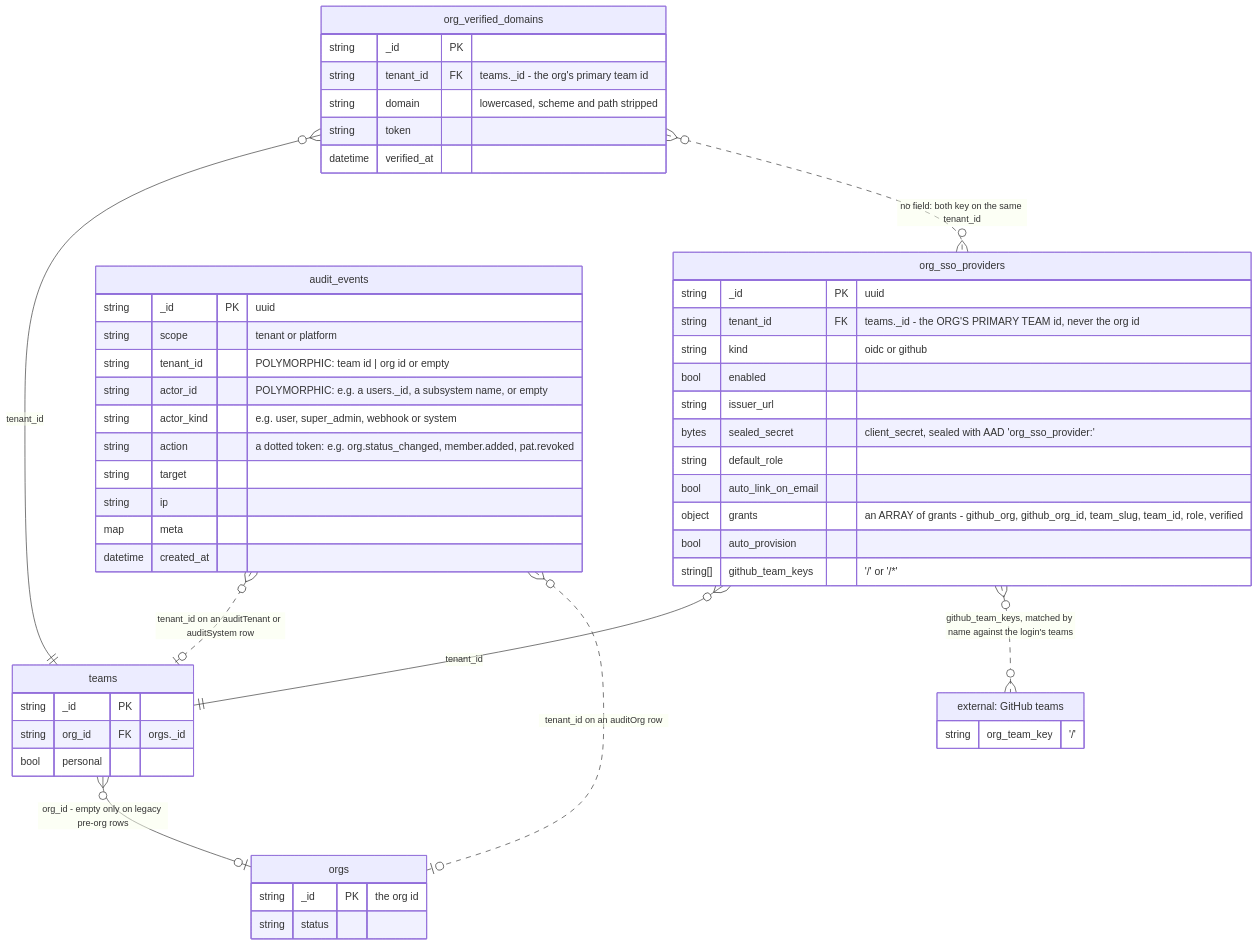
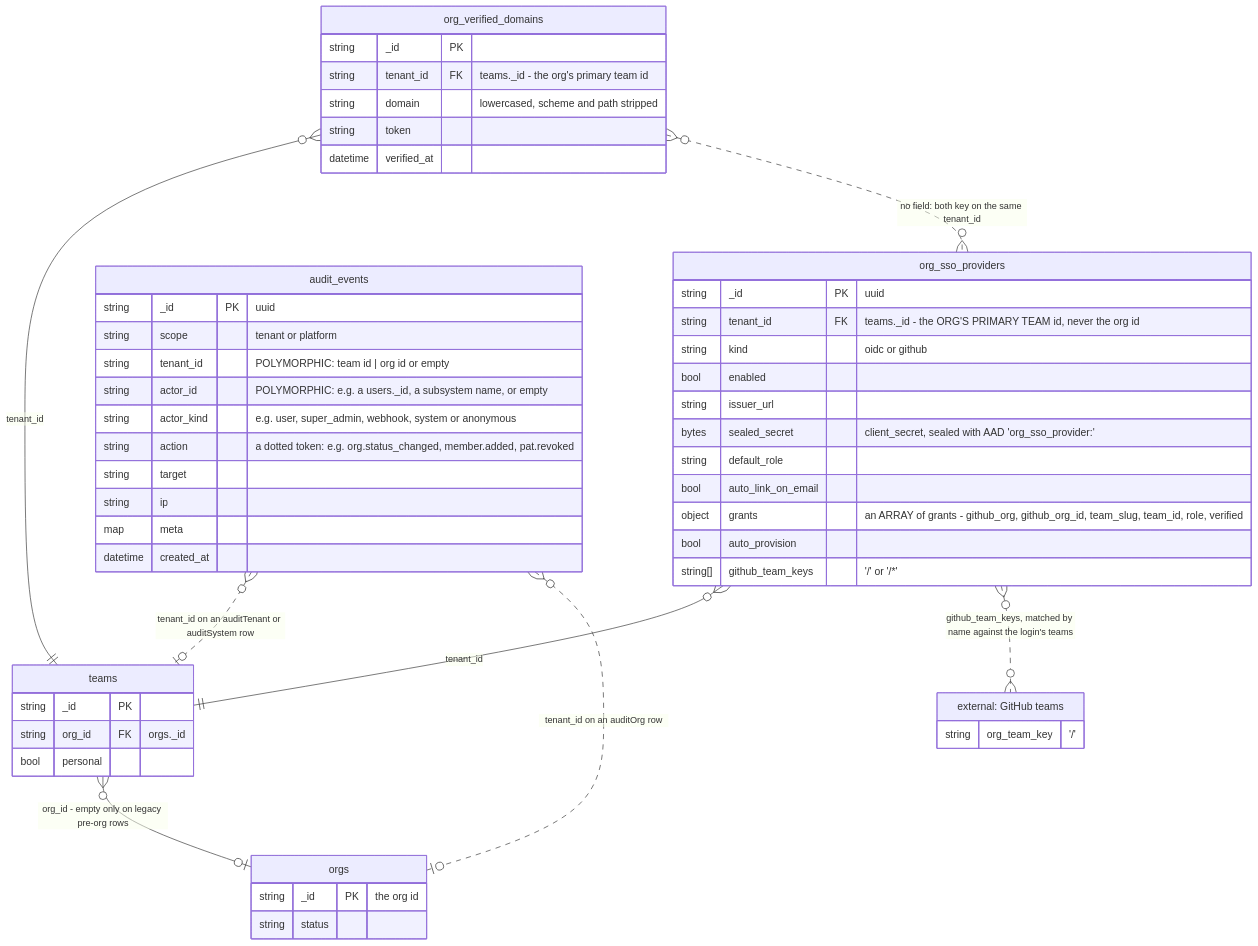
One commit to SocialGouv/iterion changed the third of 3 diagrams in docs/diagrams/data-model-identity.md. Above: the diagram before and after it, drawn with Mermaid. The commit also changed other lines of this file and 27 other files, not shown here.

````diff
--- a/docs/diagrams/data-model-identity.md
+++ b/docs/diagrams/data-model-identity.md
@@ -174,54 +174,54 @@
 ```mermaid
 erDiagram
     orgs {
         string _id PK "the org id"
         string status
     }
     teams {
         string _id PK
         string org_id FK "orgs._id"
         bool personal
     }
     org_sso_providers {
         string _id PK "uuid"
         string tenant_id FK "teams._id - the ORG'S PRIMARY TEAM id, never the org id"
         string kind "oidc or github"
         bool enabled
         string issuer_url
         bytes sealed_secret "client_secret, sealed with AAD 'org_sso_provider:<id>'"
         string default_role
         bool auto_link_on_email
         object grants "an ARRAY of grants - github_org, github_org_id, team_slug, team_id, role, verified"
         bool auto_provision
         string[] github_team_keys "'<org>/<team>' or '<org>/*'"
     }
     org_verified_domains {
         string _id PK
         string tenant_id FK "teams._id - the org's primary team id"
         string domain "lowercased, scheme and path stripped"
         string token
         datetime verified_at
     }
     audit_events {
         string _id PK "uuid"
         string scope "tenant or platform"
         string tenant_id "POLYMORPHIC: team id | org id or empty"
         string actor_id "POLYMORPHIC: e.g. a users._id, a subsystem name, or empty"
-        string actor_kind "e.g. user, super_admin, webhook or system"
+        string actor_kind "e.g. user, super_admin, webhook, system or anonymous"
         string action "a dotted token: e.g. org.status_changed, member.added, pat.revoked"
         string target
         string ip
         map meta
         datetime created_at
     }
     "external: GitHub teams" {
         string org_team_key "'<org>/<team-slug>'"
     }
     teams }o--o| orgs : "org_id - empty only on legacy pre-org rows"
     org_sso_providers }o--|| teams : "tenant_id"
     org_verified_domains }o--|| teams : "tenant_id"
     org_verified_domains }o..o{ org_sso_providers : "no field: both key on the same tenant_id"
     audit_events }o..o| teams : "tenant_id on an auditTenant or auditSystem row"
     audit_events }o..o| orgs : "tenant_id on an auditOrg row"
     org_sso_providers }o..o{ "external: GitHub teams" : "github_team_keys, matched by name against the login's teams"
 ```
````
